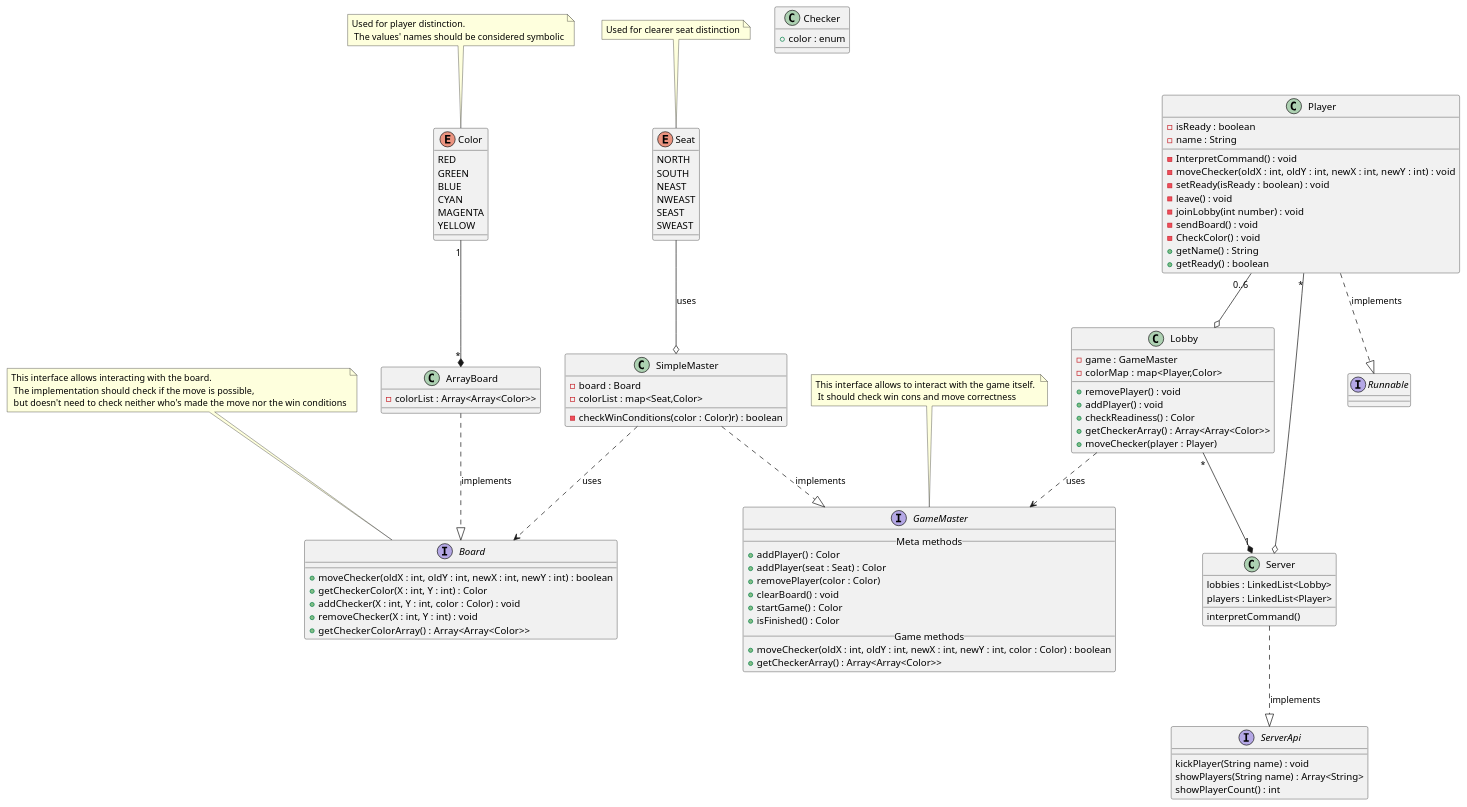
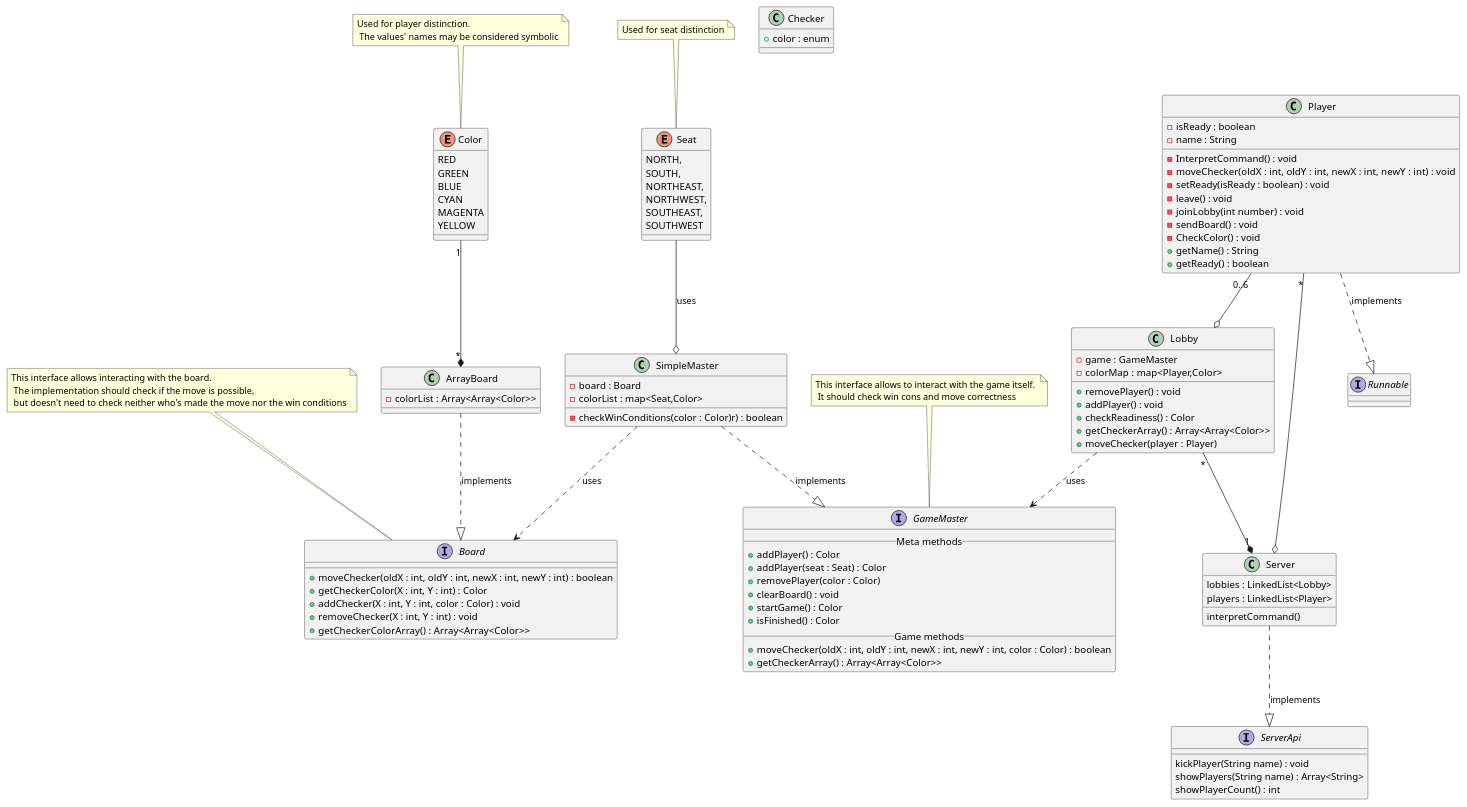
One commit to norbert791/TPlista5 changed the diagram in diagrams/Server.puml. Above: the diagram before and after it, drawn with PlantUML. The commit also changed 30 other files, not shown here.

```diff
--- a/diagrams/Server.puml
+++ b/diagrams/Server.puml
@@ -1,121 +1,121 @@
 @startuml
 'https://plantuml.com/class-diagram
 
 note "This interface allows interacting with the board. \n The implementation should check if the move is possible, \n but doesn't need to check neither who's made the move nor the win conditions" as BoardNote
 note "This interface allows to interact with the game itself. \n It should check win cons and move correctness" as GMnote
-note "Used for player distinction. \n The values' names should be considered symbolic" as ClNote
-note "Used for clearer seat distinction" as Snote
+note "Used for player distinction. \n The values' names may be considered symbolic" as ClNote
+note "Used for seat distinction" as Snote
 
 GMnote .. GameMaster
 BoardNote .. Board
 ClNote .. Color
 Snote .. Seat
 
 interface ServerApi
 interface Board
 interface Runnable
 class Checker
 class Server
 class ArrayBoard
 class SimpleMaster
 class GameMaster
 class Lobby
 enum Color
 enum Seat
 
 Server ..|> ServerApi : implements
 Color "1" --* "*" ArrayBoard
 ArrayBoard ..|> Board : implements
 Lobby ..> GameMaster : uses
 SimpleMaster ..|> GameMaster : implements
 SimpleMaster ..> Board : uses
 Seat --o SimpleMaster : uses
 Lobby "*" --* "1" Server
 Player "0..6" --o Lobby
 Player "*" --o Server
 Player ..|> Runnable : implements
 
 class Checker{
    + color : enum
 }
 
 class Player{
     -isReady : boolean
     -name : String
     -InterpretCommand() : void
     -moveChecker(oldX : int, oldY : int, newX : int, newY : int)  : void
     -setReady(isReady : boolean) : void
     -leave() : void
     -joinLobby(int number) : void
     -sendBoard() : void
     -CheckColor() : void
     +getName() : String
     +getReady() : boolean
 }
 class ArrayBoard{
     -colorList : Array<Array<Color>>
 }
 
 interface Board{
     +moveChecker(oldX : int, oldY : int, newX : int, newY : int) : boolean
     +getCheckerColor(X : int, Y : int) : Color
     +addChecker(X : int, Y : int, color : Color) : void
     +removeChecker(X : int, Y : int) : void
     +getCheckerColorArray() :  Array<Array<Color>>
 }
 
 interface GameMaster{
     __Meta methods__
    + addPlayer() : Color
    + addPlayer(seat : Seat) : Color
    + removePlayer(color : Color)
    + clearBoard() : void
    + startGame() : Color
    + isFinished() : Color
    __Game methods__
    + moveChecker(oldX : int, oldY : int, newX : int, newY : int, color : Color) : boolean
    + getCheckerArray() : Array<Array<Color>>
 }
 'For further consideration
 interface ServerApi{
     kickPlayer(String name) : void
     showPlayers(String name) : Array<String>
     showPlayerCount() : int
 }
 class SimpleMaster{
     -board : Board
     -colorList : map<Seat,Color>
     -checkWinConditions(color : Color)r) : boolean
 }
 class Lobby{
     -game : GameMaster
     -colorMap : map<Player,Color>
     +removePlayer() : void
     +addPlayer() : void
     +checkReadiness() : Color
     +getCheckerArray() : Array<Array<Color>>
     +moveChecker(player : Player)
 }
 class Server{
     lobbies : LinkedList<Lobby>
     players : LinkedList<Player>
     interpretCommand()
 }
 enum Color{
     RED
     GREEN
     BLUE
     CYAN
     MAGENTA
     YELLOW
 }
 enum Seat{
-    NORTH
-    SOUTH
-    NEAST
-    NWEAST
-    SEAST
-    SWEAST
+    NORTH,
+    SOUTH,
+    NORTHEAST,
+    NORTHWEST,
+    SOUTHEAST,
+    SOUTHWEST
 }
 
 @enduml
```
